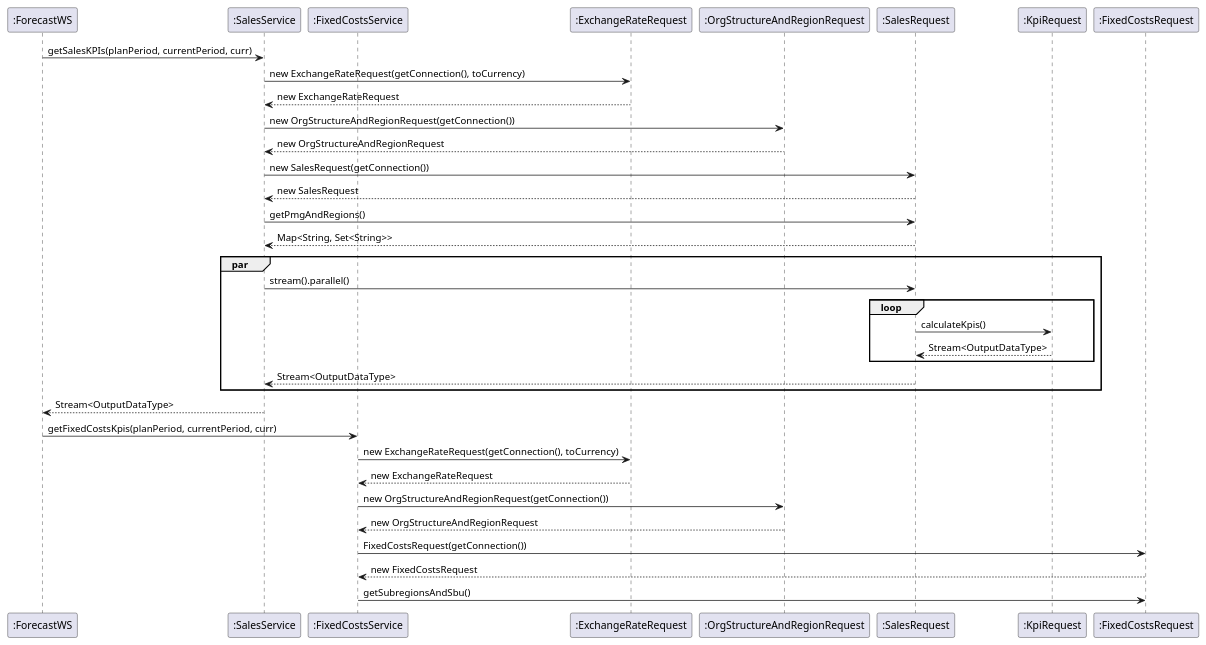
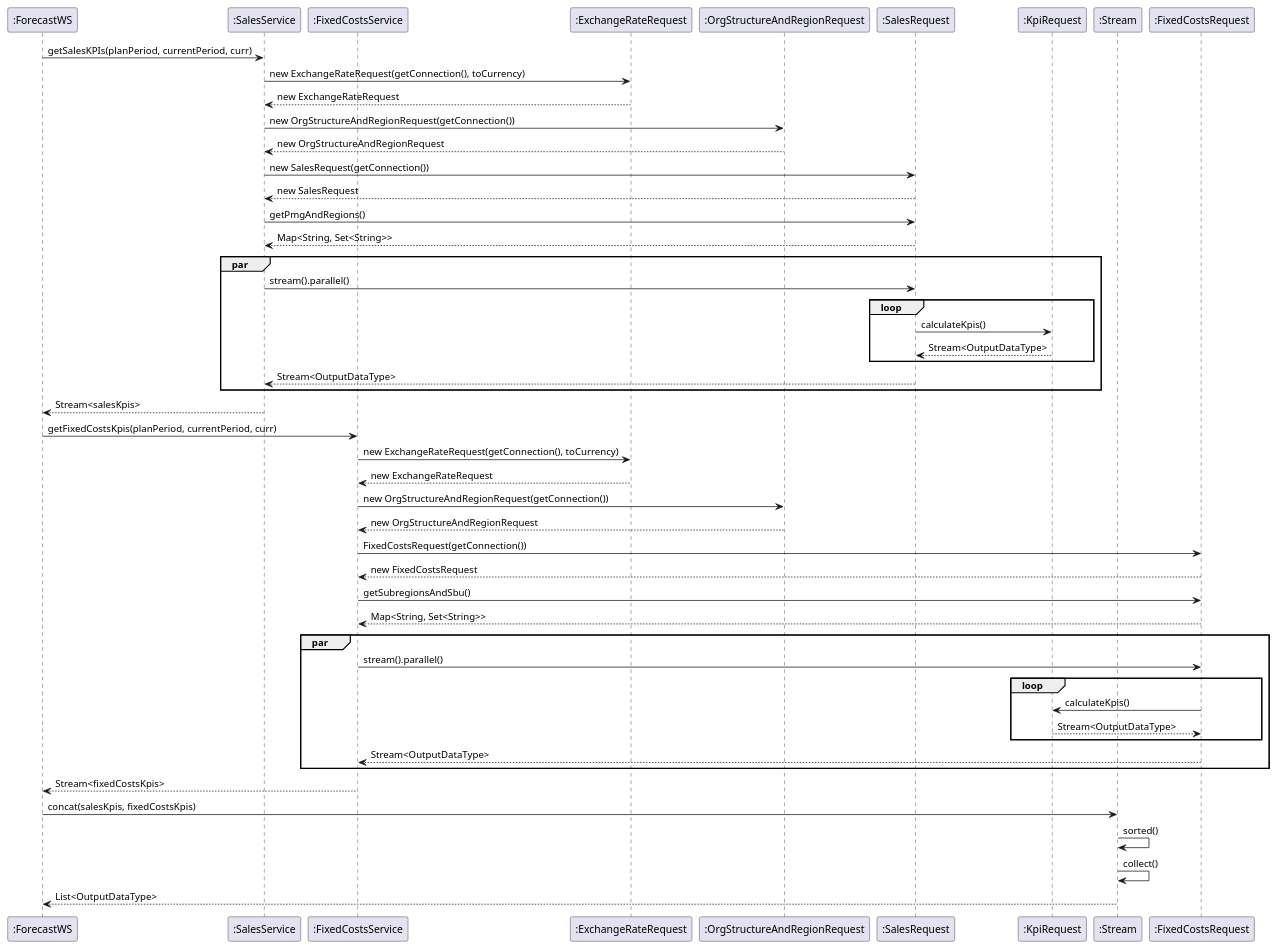
One commit to wagnst/forecast-cassandra changed the diagram in diagrams/sequence/sequence_methods.puml. Above: the diagram before and after it, drawn with PlantUML.

Commit message:
updated sequence diagramm

```diff
--- a/diagrams/sequence/sequence_methods.puml
+++ b/diagrams/sequence/sequence_methods.puml
@@ -1,51 +1,67 @@
 @startuml
 
 
 participant  ":ForecastWS"
 participant  ":SalesService"
 participant  ":FixedCostsService"
 participant  ":ExchangeRateRequest"
 participant  ":OrgStructureAndRegionRequest"
 participant  ":SalesRequest"
 participant  ":KpiRequest"
+participant  ":Stream"
+participant  ":FixedCostsRequest"
+
 
 ":ForecastWS" -> ":SalesService" : getSalesKPIs(planPeriod, currentPeriod, curr)
 ":SalesService" -> ":ExchangeRateRequest" : new ExchangeRateRequest(getConnection(), toCurrency)
 ":ExchangeRateRequest" --> ":SalesService" : new ExchangeRateRequest
-":SalesService" ->  ":OrgStructureAndRegionRequest" : new OrgStructureAndRegionRequest(getConnection())
+":SalesService" -> ":OrgStructureAndRegionRequest" : new OrgStructureAndRegionRequest(getConnection())
 ":OrgStructureAndRegionRequest" --> ":SalesService" : new OrgStructureAndRegionRequest
-":SalesService" ->  ":SalesRequest" : new SalesRequest(getConnection())
+":SalesService" -> ":SalesRequest" : new SalesRequest(getConnection())
 ":SalesRequest" --> ":SalesService" : new SalesRequest
 ":SalesService" -> ":SalesRequest" : getPmgAndRegions()
 ":SalesRequest" --> ":SalesService" : Map<String, Set<String>>
 par
     ":SalesService" -> ":SalesRequest": stream().parallel()
     loop
         ":SalesRequest" -> ":KpiRequest" : calculateKpis()
         ":KpiRequest"  --> ":SalesRequest" : Stream<OutputDataType>
     end
     ":SalesRequest" --> ":SalesService" : Stream<OutputDataType>
 end
-
-":SalesService" --> ":ForecastWS" : Stream<OutputDataType>
+":SalesService" --> ":ForecastWS" : Stream<salesKpis>
 
 
 
 ":ForecastWS" -> ":FixedCostsService" : getFixedCostsKpis(planPeriod, currentPeriod, curr)
 ":FixedCostsService" -> ":ExchangeRateRequest" : new ExchangeRateRequest(getConnection(), toCurrency)
 ":ExchangeRateRequest" --> ":FixedCostsService" : new ExchangeRateRequest
 ":FixedCostsService" ->  ":OrgStructureAndRegionRequest" : new OrgStructureAndRegionRequest(getConnection())
 ":OrgStructureAndRegionRequest" --> ":FixedCostsService" : new OrgStructureAndRegionRequest
 ":FixedCostsService" -> ":FixedCostsRequest" : FixedCostsRequest(getConnection())
 ":FixedCostsRequest" --> ":FixedCostsService" : new FixedCostsRequest
 ":FixedCostsService" -> ":FixedCostsRequest" : getSubregionsAndSbu()
+":FixedCostsRequest" --> ":FixedCostsService" : Map<String, Set<String>>
+par
+    ":FixedCostsService" -> ":FixedCostsRequest": stream().parallel()
+    loop
+        ":FixedCostsRequest" -> ":KpiRequest" : calculateKpis()
+        ":KpiRequest"  --> ":FixedCostsRequest" : Stream<OutputDataType>
+    end
+    ":FixedCostsRequest" --> ":FixedCostsService" : Stream<OutputDataType>
+end
+":FixedCostsService" --> ":ForecastWS" : Stream<fixedCostsKpis>
 
 
+":ForecastWS" -> ":Stream" : concat(salesKpis, fixedCostsKpis)
+":Stream" -> ":Stream" : sorted()
+":Stream" -> ":Stream" : collect()
+":Stream" --> ":ForecastWS" : List<OutputDataType>
 
 
 
 
 
 
 
 @enduml
```
